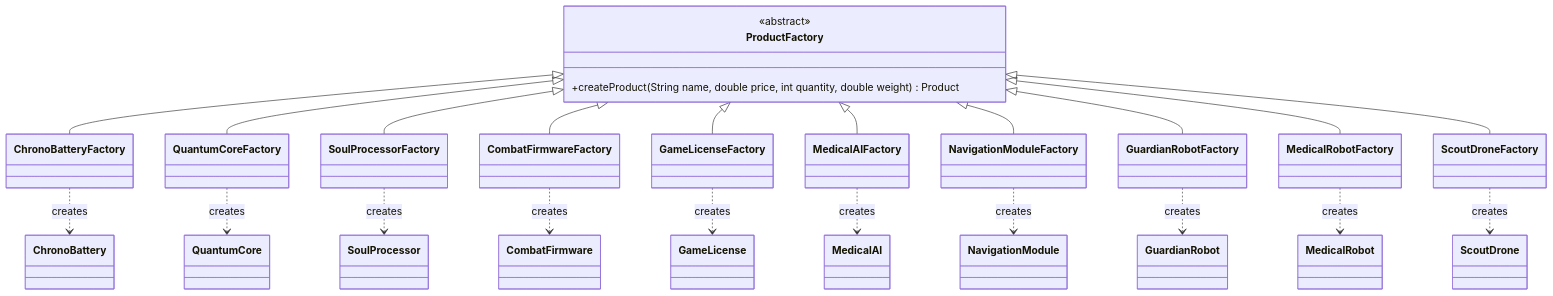
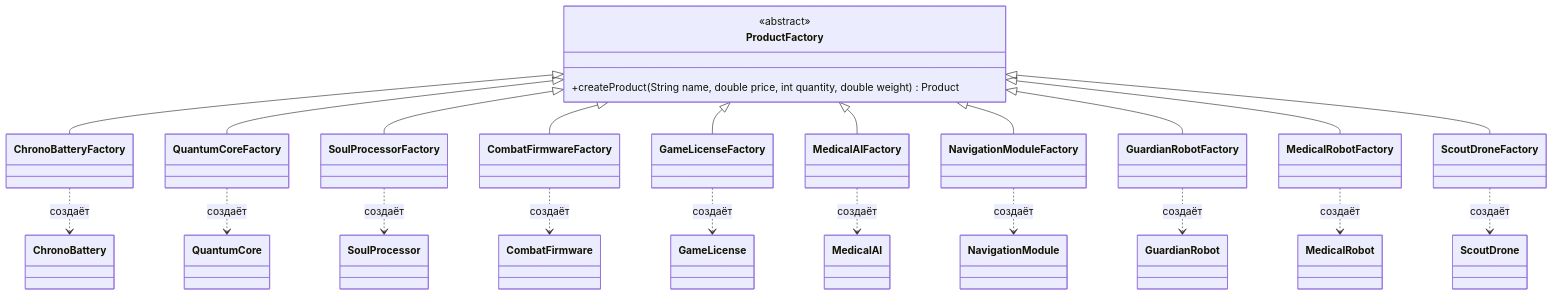
One commit to areallypawa/IS-OOP-Practical-Works changed the second of 3 diagrams in README.md. Above: the diagram before and after it, drawn with Mermaid. The commit also changed other lines of this file and 13 other files, not shown here.

````diff
--- a/README.md
+++ b/README.md
@@ -109,31 +140,31 @@
 ```mermaid
 classDiagram
 direction TB
 
 class ProductFactory {
     <<abstract>>
     +createProduct(String name, double price, int quantity, double weight) Product
 }
 
 ProductFactory <|-- ChronoBatteryFactory
 ProductFactory <|-- QuantumCoreFactory
 ProductFactory <|-- SoulProcessorFactory
 ProductFactory <|-- CombatFirmwareFactory
 ProductFactory <|-- GameLicenseFactory
 ProductFactory <|-- MedicalAIFactory
 ProductFactory <|-- NavigationModuleFactory
 ProductFactory <|-- GuardianRobotFactory
 ProductFactory <|-- MedicalRobotFactory
 ProductFactory <|-- ScoutDroneFactory
 
-ChronoBatteryFactory ..> ChronoBattery : creates
-QuantumCoreFactory ..> QuantumCore : creates
-SoulProcessorFactory ..> SoulProcessor : creates
-CombatFirmwareFactory ..> CombatFirmware : creates
-GameLicenseFactory ..> GameLicense : creates
-MedicalAIFactory ..> MedicalAI : creates
-NavigationModuleFactory ..> NavigationModule : creates
-GuardianRobotFactory ..> GuardianRobot : creates
-MedicalRobotFactory ..> MedicalRobot : creates
-ScoutDroneFactory ..> ScoutDrone : creates
+ChronoBatteryFactory ..> ChronoBattery : создаёт
+QuantumCoreFactory ..> QuantumCore : создаёт
+SoulProcessorFactory ..> SoulProcessor : создаёт
+CombatFirmwareFactory ..> CombatFirmware : создаёт
+GameLicenseFactory ..> GameLicense : создаёт
+MedicalAIFactory ..> MedicalAI : создаёт
+NavigationModuleFactory ..> NavigationModule : создаёт
+GuardianRobotFactory ..> GuardianRobot : создаёт
+MedicalRobotFactory ..> MedicalRobot : создаёт
+ScoutDroneFactory ..> ScoutDrone : создаёт
 ```
````
